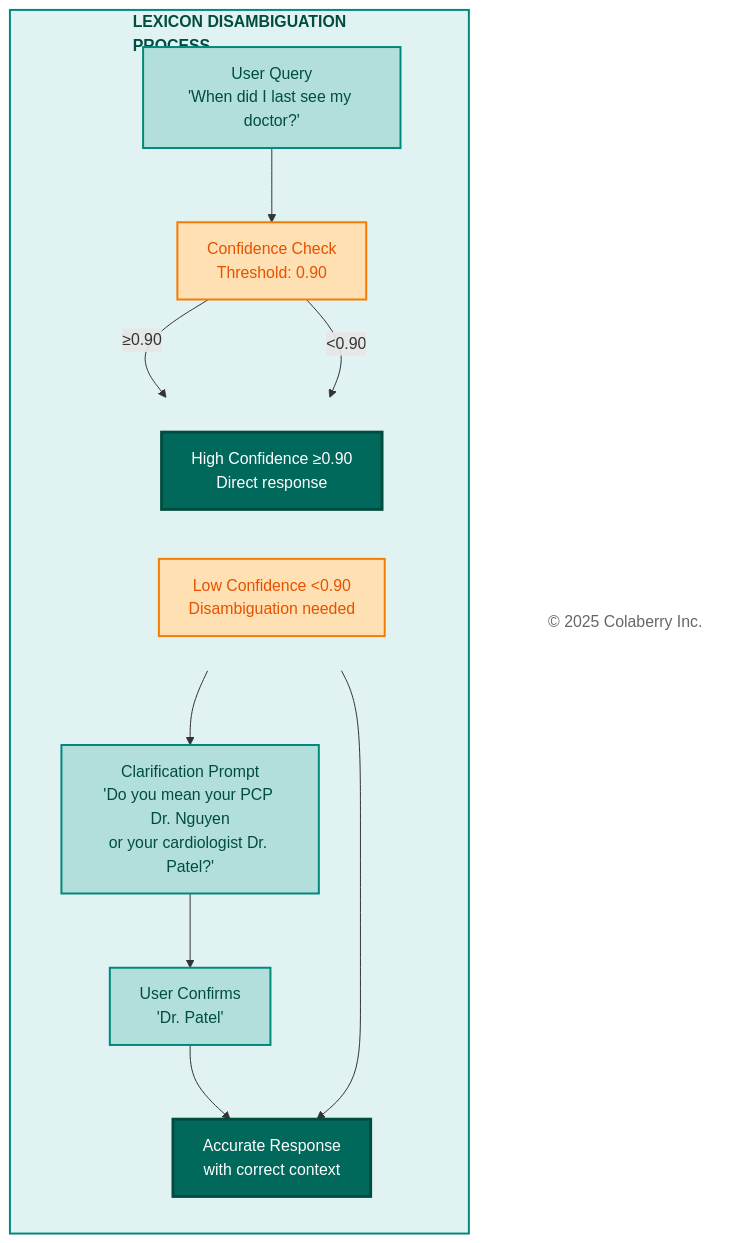
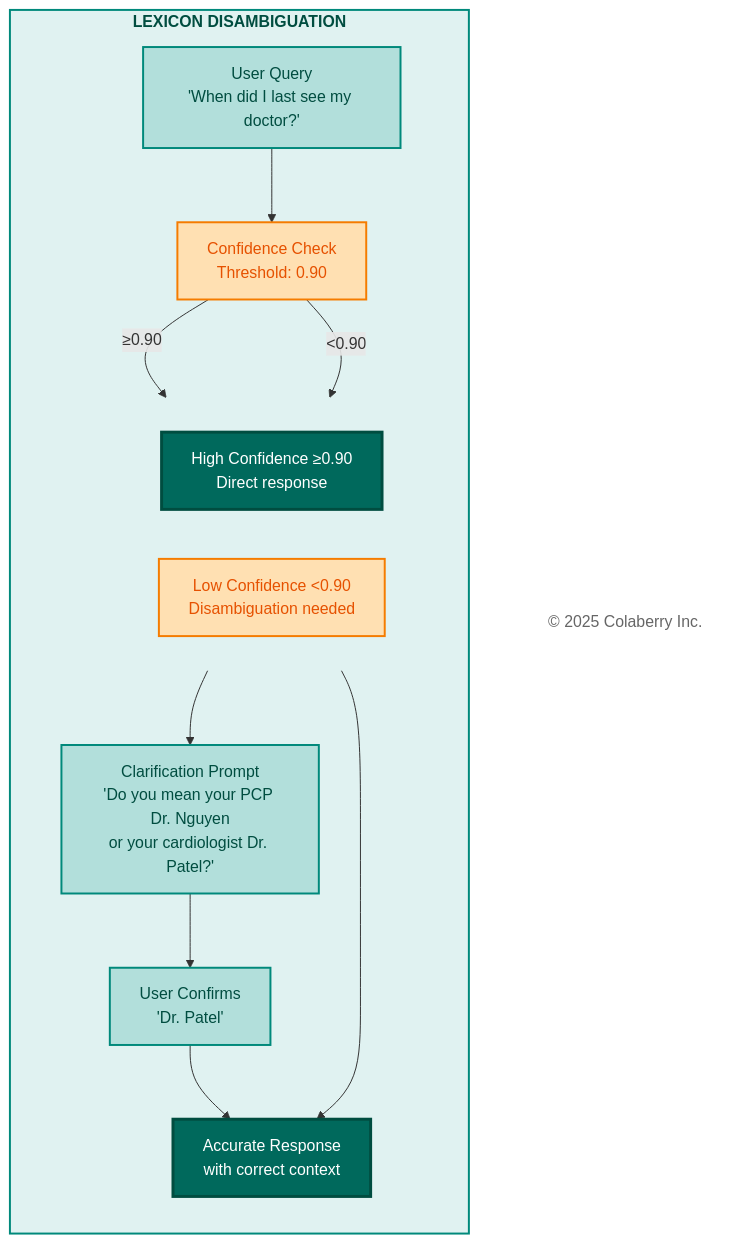
Before and after one commit to saitejesh-cyber/trust-before-intelligence-book: the fifth of 11 diagrams in manuscript/09_chapter_8_architecture_of_trust_in_action.md, drawn with Mermaid. The commit also changed other lines of this file, not shown here.

First line of the commit message:
Cleaning up chapter diagrams

````diff
--- a/manuscript/09_chapter_8_architecture_of_trust_in_action.md
+++ b/manuscript/09_chapter_8_architecture_of_trust_in_action.md
@@ -331,42 +332,42 @@
 ```mermaid
 
 graph TB
-  subgraph DISAMBIGUATION["<b>LEXICON DISAMBIGUATION<br/>PROCESS</b>"]
+  subgraph DISAMBIGUATION["<b>LEXICON DISAMBIGUATION</b>"]
     direction TB
     Q["User Query<br/>'When did I last see my doctor?'"]
     
     CONF["Confidence Check<br/>Threshold: 0.90"]
     
     subgraph PATHS[" "]
       direction LR
       HIGH["High Confidence ≥0.90<br/>Direct response"]
       LOW["Low Confidence <0.90<br/>Disambiguation needed"]
     end
     
     PROMPT["Clarification Prompt<br/>'Do you mean your PCP Dr. Nguyen<br/>or your cardiologist Dr. Patel?'"]
     
     RESP["User Confirms<br/>'Dr. Patel'"]
     
     RESULT["Accurate Response<br/>with correct context"]
   end
   
   Copyright["© 2025 Colaberry Inc."]
   
   Q --> CONF
   CONF -->|"≥0.90"| HIGH
   CONF -->|"<0.90"| LOW
   HIGH --> RESULT
   LOW --> PROMPT --> RESP --> RESULT
   
   style DISAMBIGUATION fill:#e0f2f1,stroke:#00897b,stroke-width:2px,color:#004d40
   style Q fill:#b2dfdb,stroke:#00897b,stroke-width:2px,color:#004d40
   style CONF fill:#ffe0b2,stroke:#f57c00,stroke-width:2px,color:#e65100
   style PATHS fill:none,stroke:none
   style HIGH fill:#00695c,color:#ffffff,stroke:#004d40,stroke-width:3px
   style LOW fill:#ffe0b2,stroke:#f57c00,stroke-width:2px,color:#e65100
   style PROMPT fill:#b2dfdb,stroke:#00897b,stroke-width:2px,color:#004d40
   style RESP fill:#b2dfdb,stroke:#00897b,stroke-width:2px,color:#004d40
   style RESULT fill:#00695c,color:#ffffff,stroke:#004d40,stroke-width:3px
   style Copyright fill:#ffffff,stroke:none,color:#666666
 
 ```
````
